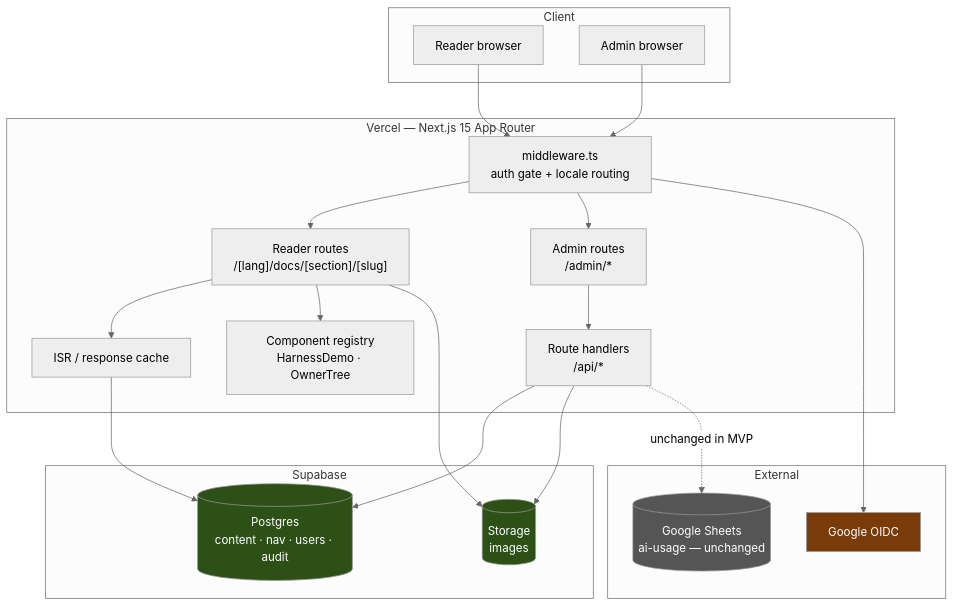
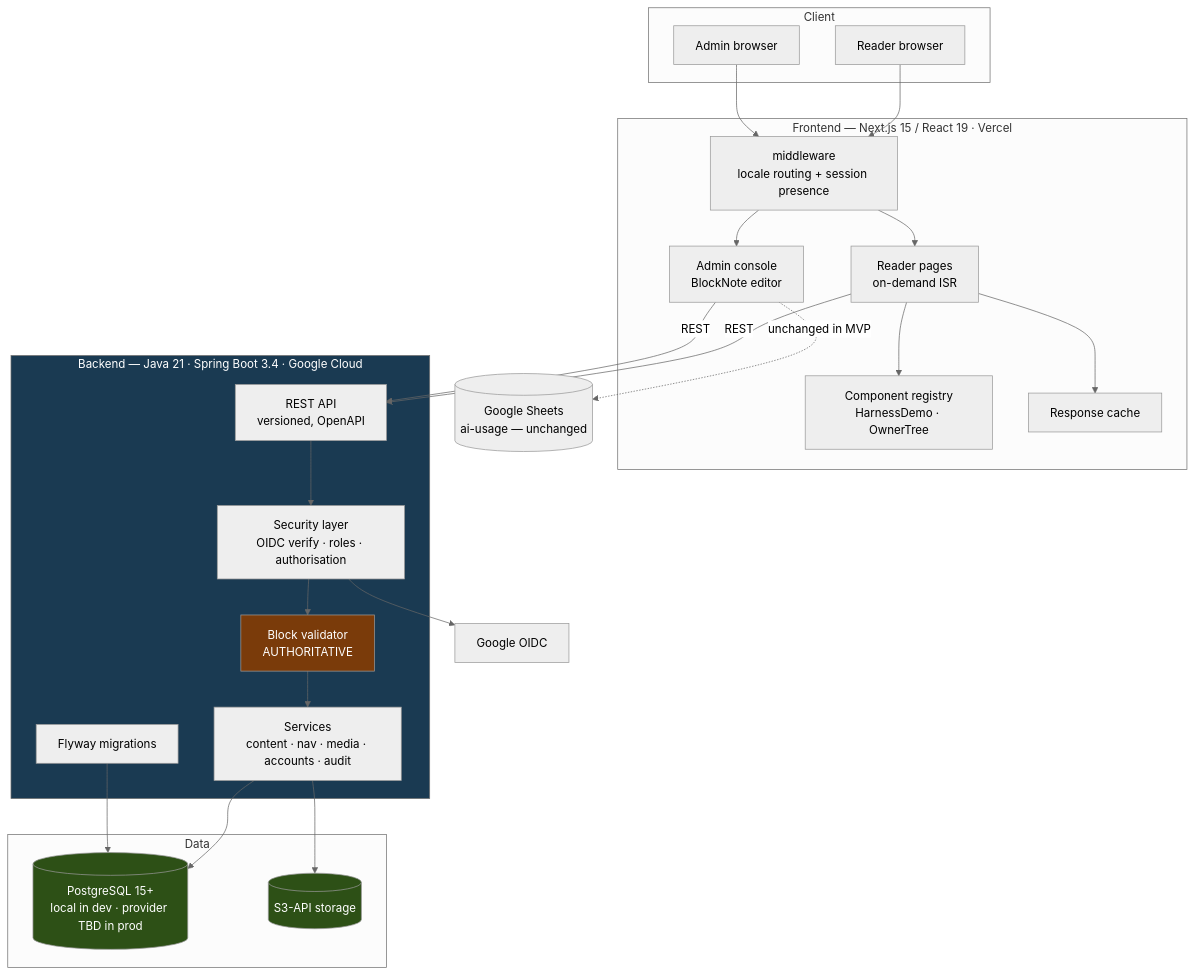
The third of 6 diagrams in docs/design/architecture-overview.md (Oudompanha123/coc-docs-platform-renewal), drawn with Mermaid (neutral theme) before and after one commit. The commit also changed other lines of this file and 14 other files, not shown here.

````diff
--- a/docs/design/architecture-overview.md
+++ b/docs/design/architecture-overview.md
@@ -40,39 +43,46 @@
 ```mermaid
 graph TB
   subgraph Client
     R[Reader browser]
     E[Admin browser]
   end
 
-  subgraph Vercel["Vercel — Next.js 15 App Router"]
-    MW[middleware.ts<br/>auth gate + locale routing]
-    RP["Reader routes<br/>/[lang]/docs/[section]/[slug]"]
-    AP["Admin routes<br/>/admin/*"]
-    API[Route handlers<br/>/api/*]
+  subgraph FE["Frontend — Next.js 15 / React 19 · Vercel"]
+    MW[middleware<br/>locale routing + session presence]
+    RP[Reader pages<br/>on-demand ISR]
+    AP[Admin console<br/>BlockNote editor]
     REG[Component registry<br/>HarnessDemo · OwnerTree]
-    CACHE[ISR / response cache]
+    CACHE[Response cache]
   end
 
-  subgraph Supabase
-    DB[(Postgres<br/>content · nav · users · audit)]
-    ST[(Storage<br/>images)]
+  subgraph BE["Backend — Java 21 · Spring Boot 3.4 · Google Cloud"]
+    API[REST API<br/>versioned, OpenAPI]
+    SEC[Security layer<br/>OIDC verify · roles · authorisation]
+    VAL[Block validator<br/>AUTHORITATIVE]
+    SVC[Services<br/>content · nav · media · accounts · audit]
+    FLY[Flyway migrations]
   end
 
-  subgraph External
-    G[Google OIDC]
-    GS[(Google Sheets<br/>ai-usage — unchanged)]
+  subgraph DATA["Data"]
+    PG[(PostgreSQL 15+<br/>local in dev · provider TBD in prod)]
+    OS[(S3-API storage)]
   end
 
-  R --> MW --> RP --> CACHE --> DB
+  G[Google OIDC]
+  GS[(Google Sheets<br/>ai-usage — unchanged)]
+
+  R --> MW --> RP --> CACHE
+  RP -->|REST| API
+  E --> MW --> AP -->|REST| API
+  API --> SEC --> VAL --> SVC --> PG
+  SVC --> OS
+  SEC --> G
   RP --> REG
-  E --> MW --> AP --> API --> DB
-  API --> ST
-  RP --> ST
-  MW --> G
-  API -.->|unchanged in MVP| GS
+  FLY --> PG
+  AP -.->|unchanged in MVP| GS
 
-  style DB fill:#2d5016,color:#fff
-  style ST fill:#2d5016,color:#fff
-  style G fill:#7a3b0a,color:#fff
-  style GS fill:#555,color:#fff
+  style BE fill:#1a3a52,color:#fff
+  style PG fill:#2d5016,color:#fff
+  style OS fill:#2d5016,color:#fff
+  style VAL fill:#7a3b0a,color:#fff
 ```
````
